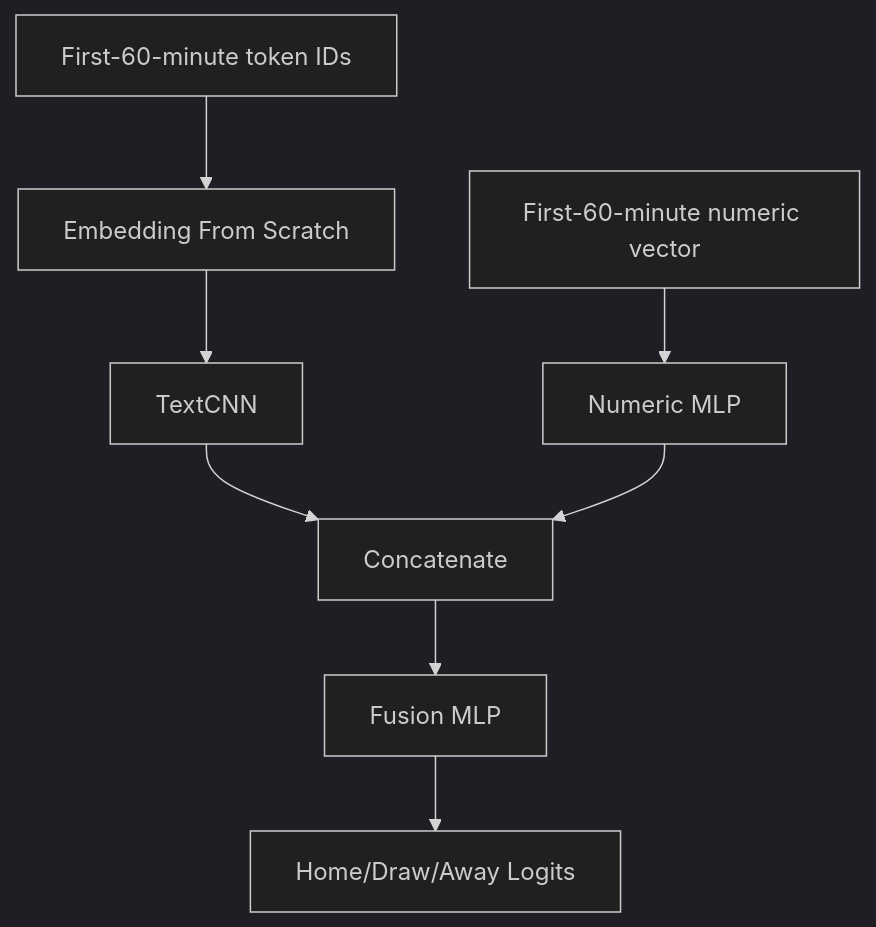
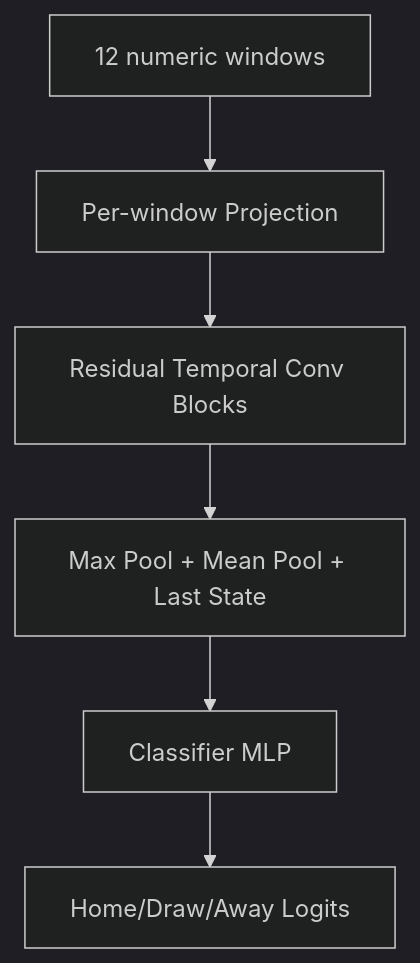
Before and after one commit to oguzhanozkaya/chess-position-recognition: the third of 3 diagrams in docs/architecture.md, drawn with Mermaid (dark theme). The commit also changed other lines of this file and 8 other files, not shown here.

Commit message:
feat: switch to cached numeric window tcn

````diff
--- a/docs/architecture.md
+++ b/docs/architecture.md
@@ -84,10 +84,8 @@
 ```mermaid
 flowchart TD
-    A[First-60-minute token IDs] --> B[Embedding From Scratch]
-    B --> C[TextCNN]
-    D[First-60-minute numeric vector] --> E[Numeric MLP]
-    C --> F[Concatenate]
-    E --> F
-    F --> G[Fusion MLP]
-    G --> H[Home/Draw/Away Logits]
+    A[12 numeric windows] --> B[Per-window Projection]
+    B --> C[Residual Temporal Conv Blocks]
+    C --> D[Max Pool + Mean Pool + Last State]
+    D --> E[Classifier MLP]
+    E --> F[Home/Draw/Away Logits]
 ```
````
